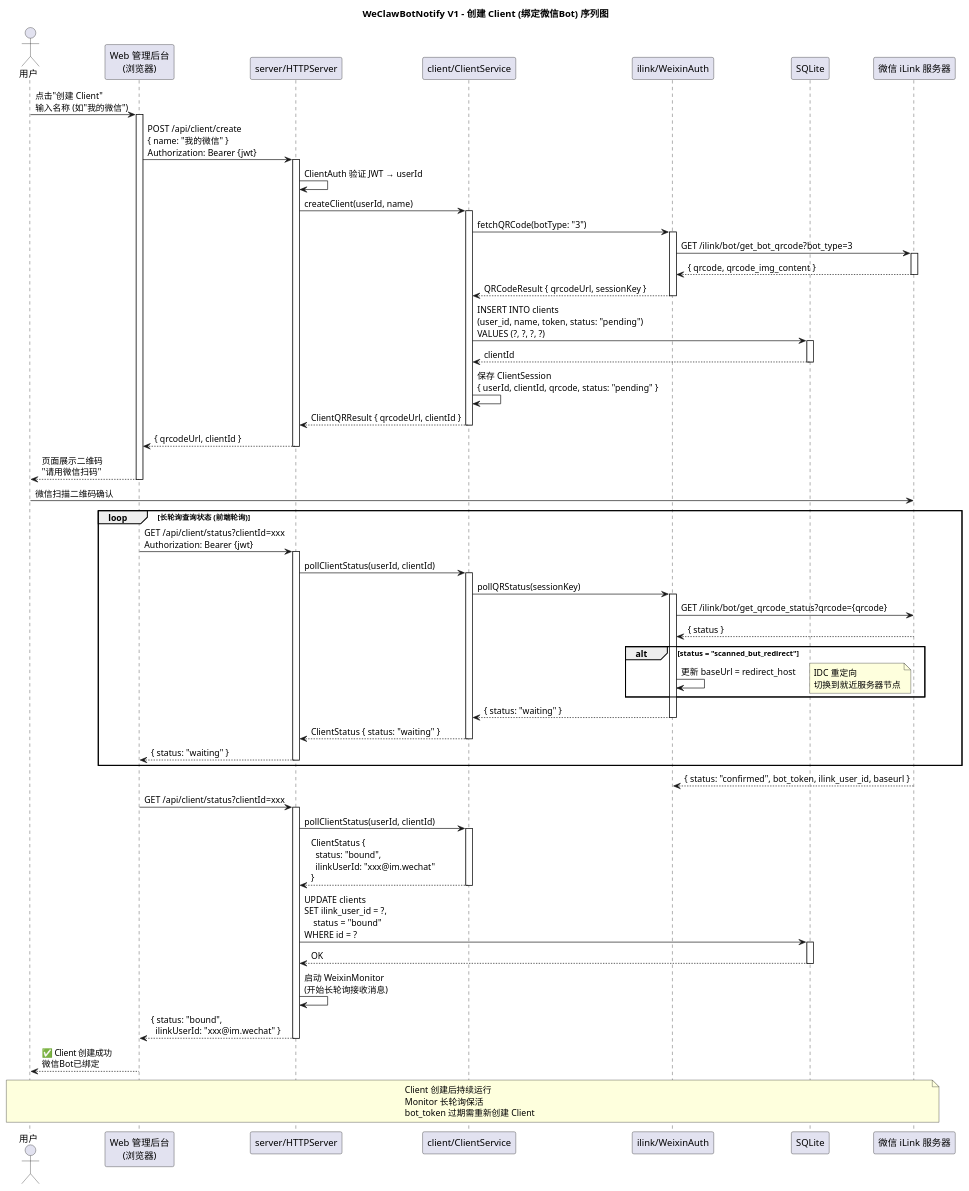
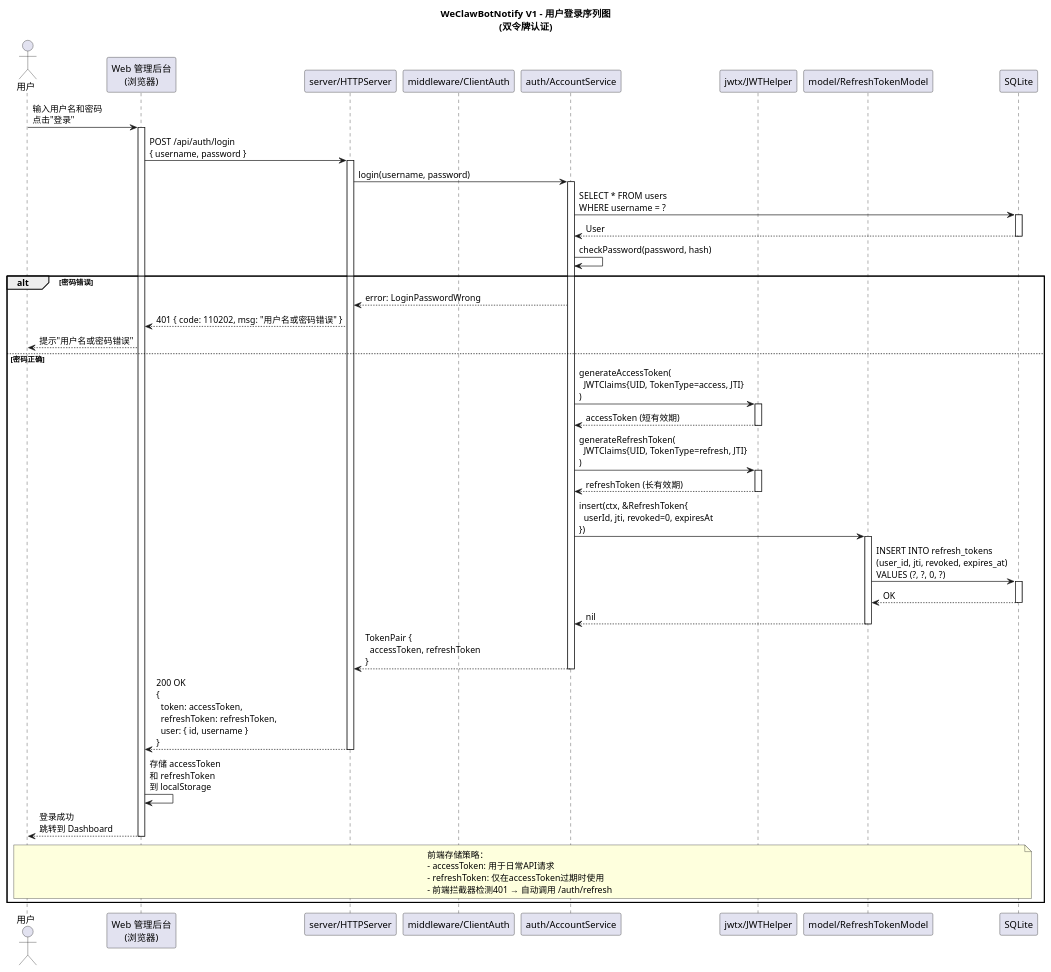
The diagram in docs/uml/04-sequence-login.puml (loommii/weclawbotnotify), drawn with PlantUML before and after one commit. The commit also changed 38 other files, not shown here.

```diff
--- a/docs/uml/04-sequence-login.puml
+++ b/docs/uml/04-sequence-login.puml
@@ -1,113 +1,75 @@
-@startuml WeClawBotNotify_ClientCreateSequence
+@startuml WeClawBotNotify_LoginSequence
 
-title WeClawBotNotify V1 - 创建 Client (绑定微信Bot) 序列图
+title WeClawBotNotify V1 - 用户登录序列图\n(双令牌认证)
 
 actor "用户" as User
 participant "Web 管理后台\n(浏览器)" as Web
 participant "server/HTTPServer" as API
-participant "client/ClientService" as ClientSvc
-participant "ilink/WeixinAuth" as Auth
+participant "middleware/ClientAuth" as ClientAuth
+participant "auth/AccountService" as AccountSvc
+participant "jwtx/JWTHelper" as JWTHelper
+participant "model/RefreshTokenModel" as RTModel
 participant "SQLite" as DB
-participant "微信 iLink 服务器" as WeChat
 
-User -> Web : 点击"创建 Client"\n输入名称 (如"我的微信")
+User -> Web : 输入用户名和密码\n点击"登录"
 activate Web
 
-Web -> API : POST /api/client/create\n{ name: "我的微信" }\nAuthorization: Bearer {jwt}
+Web -> API : POST /api/auth/login\n{ username, password }
 activate API
 
-API -> API : ClientAuth 验证 JWT → userId
+API -> AccountSvc : login(username, password)
+activate AccountSvc
 
-API -> ClientSvc : createClient(userId, name)
-activate ClientSvc
-
-ClientSvc -> Auth : fetchQRCode(botType: "3")
-activate Auth
-
-Auth -> WeChat : GET /ilink/bot/get_bot_qrcode?bot_type=3
-activate WeChat
-WeChat --> Auth : { qrcode, qrcode_img_content }
-deactivate WeChat
-
-Auth --> ClientSvc : QRCodeResult { qrcodeUrl, sessionKey }
-deactivate Auth
-
-ClientSvc -> DB : INSERT INTO clients\n(user_id, name, token, status: "pending")\nVALUES (?, ?, ?, ?)
+AccountSvc -> DB : SELECT * FROM users\nWHERE username = ?
 activate DB
-DB --> ClientSvc : clientId
+DB --> AccountSvc : User
 deactivate DB
 
-ClientSvc -> ClientSvc : 保存 ClientSession\n{ userId, clientId, qrcode, status: "pending" }
+AccountSvc -> AccountSvc : checkPassword(password, hash)
 
-ClientSvc --> API : ClientQRResult { qrcodeUrl, clientId }
-deactivate ClientSvc
+alt 密码错误
+  AccountSvc --> API : error: LoginPasswordWrong
+  API --> Web : 401 { code: 110202, msg: "用户名或密码错误" }
+  Web --> User : 提示"用户名或密码错误"
+else 密码正确
 
-API --> Web : { qrcodeUrl, clientId }
-deactivate API
+  AccountSvc -> JWTHelper : generateAccessToken(\n  JWTClaims{UID, TokenType=access, JTI}\n)
+  activate JWTHelper
+  JWTHelper --> AccountSvc : accessToken (短有效期)
+  deactivate JWTHelper
 
-Web --> User : 页面展示二维码\n"请用微信扫码"
-deactivate Web
+  AccountSvc -> JWTHelper : generateRefreshToken(\n  JWTClaims{UID, TokenType=refresh, JTI}\n)
+  activate JWTHelper
+  JWTHelper --> AccountSvc : refreshToken (长有效期)
+  deactivate JWTHelper
 
-User -> WeChat : 微信扫描二维码确认
+  AccountSvc -> RTModel : insert(ctx, &RefreshToken{\n  userId, jti, revoked=0, expiresAt\n})
+  activate RTModel
+  RTModel -> DB : INSERT INTO refresh_tokens\n(user_id, jti, revoked, expires_at)\nVALUES (?, ?, 0, ?)
+  activate DB
+  DB --> RTModel : OK
+  deactivate DB
+  RTModel --> AccountSvc : nil
+  deactivate RTModel
 
-loop 长轮询查询状态 (前端轮询)
-  Web -> API : GET /api/client/status?clientId=xxx\nAuthorization: Bearer {jwt}
-  activate API
+  AccountSvc --> API : TokenPair {\n  accessToken, refreshToken\n}
+  deactivate AccountSvc
 
-  API -> ClientSvc : pollClientStatus(userId, clientId)
-  activate ClientSvc
+  API --> Web : 200 OK\n{\n  token: accessToken,\n  refreshToken: refreshToken,\n  user: { id, username }\n}
+  deactivate API
 
-  ClientSvc -> Auth : pollQRStatus(sessionKey)
-  activate Auth
+  Web -> Web : 存储 accessToken\n和 refreshToken\n到 localStorage
 
-  Auth -> WeChat : GET /ilink/bot/get_qrcode_status?qrcode={qrcode}
-  WeChat --> Auth : { status }
+  Web --> User : 登录成功\n跳转到 Dashboard
+  deactivate Web
 
-  alt status = "scanned_but_redirect"
-    Auth -> Auth : 更新 baseUrl = redirect_host
-    note right
-      IDC 重定向
-      切换到就近服务器节点
-    end note
-  end
+  note over User, DB
+    前端存储策略：
+    - accessToken: 用于日常API请求
+    - refreshToken: 仅在accessToken过期时使用
+    - 前端拦截器检测401 → 自动调用 /auth/refresh
+  end note
 
-  Auth --> ClientSvc : { status: "waiting" }
-  deactivate Auth
-
-  ClientSvc --> API : ClientStatus { status: "waiting" }
-  deactivate ClientSvc
-
-  API --> Web : { status: "waiting" }
-  deactivate API
 end
 
-WeChat --> Auth : { status: "confirmed", bot_token, ilink_user_id, baseurl }
-
-Web -> API : GET /api/client/status?clientId=xxx
-activate API
-
-API -> ClientSvc : pollClientStatus(userId, clientId)
-activate ClientSvc
-ClientSvc --> API : ClientStatus {\n  status: "bound",\n  ilinkUserId: "xxx@im.wechat"\n}
-deactivate ClientSvc
-
-API -> DB : UPDATE clients\nSET ilink_user_id = ?,\n    status = "bound"\nWHERE id = ?
-activate DB
-DB --> API : OK
-deactivate DB
-
-API -> API : 启动 WeixinMonitor\n(开始长轮询接收消息)
-
-API --> Web : { status: "bound",\n  ilinkUserId: "xxx@im.wechat" }
-deactivate API
-
-Web --> User : ✅ Client 创建成功\n微信Bot已绑定
-deactivate Web
-
-note over User, WeChat
-  Client 创建后持续运行
-  Monitor 长轮询保活
-  bot_token 过期需重新创建 Client
-end note
-
 @enduml
```
